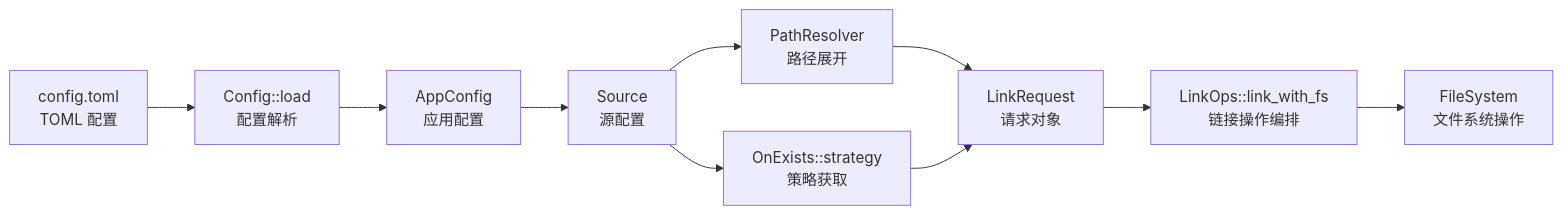
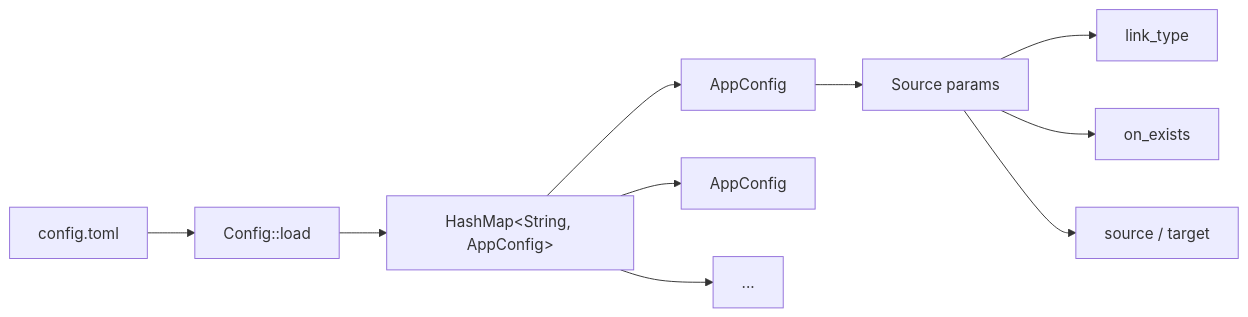
One commit to morning-start/link-disk changed the first of 3 diagrams in docs/report/01-architecture-assessment.md. Above: the diagram before and after it, drawn with Mermaid. The commit also changed other lines of this file and 4 other files, not shown here.

````diff
--- a/docs/report/01-architecture-assessment.md
+++ b/docs/report/01-architecture-assessment.md
@@ -300,12 +75,12 @@
 ```mermaid
 graph LR
-    A[config.toml<br/>TOML 配置] --> B[Config::load<br/>配置解析]
-    B --> C[AppConfig<br/>应用配置]
-    C --> D[Source<br/>源配置]
-    D --> E[PathResolver<br/>路径展开]
-    D --> F[OnExists::strategy<br/>策略获取]
-    E --> G[LinkRequest<br/>请求对象]
-    F --> G
-    G --> H[LinkOps::link_with_fs<br/>链接操作编排]
-    H --> I[FileSystem<br/>文件系统操作]
+    A[config.toml] --> B[Config::load]
+    B --> C[HashMap&lt;String, AppConfig&gt;]
+    C --> D[AppConfig]
+    C --> E[AppConfig]
+    C --> F[...]
+    D --> G[Source params]
+    G --> H[link_type]
+    G --> I[on_exists]
+    G --> J[source / target]
 ```
````
